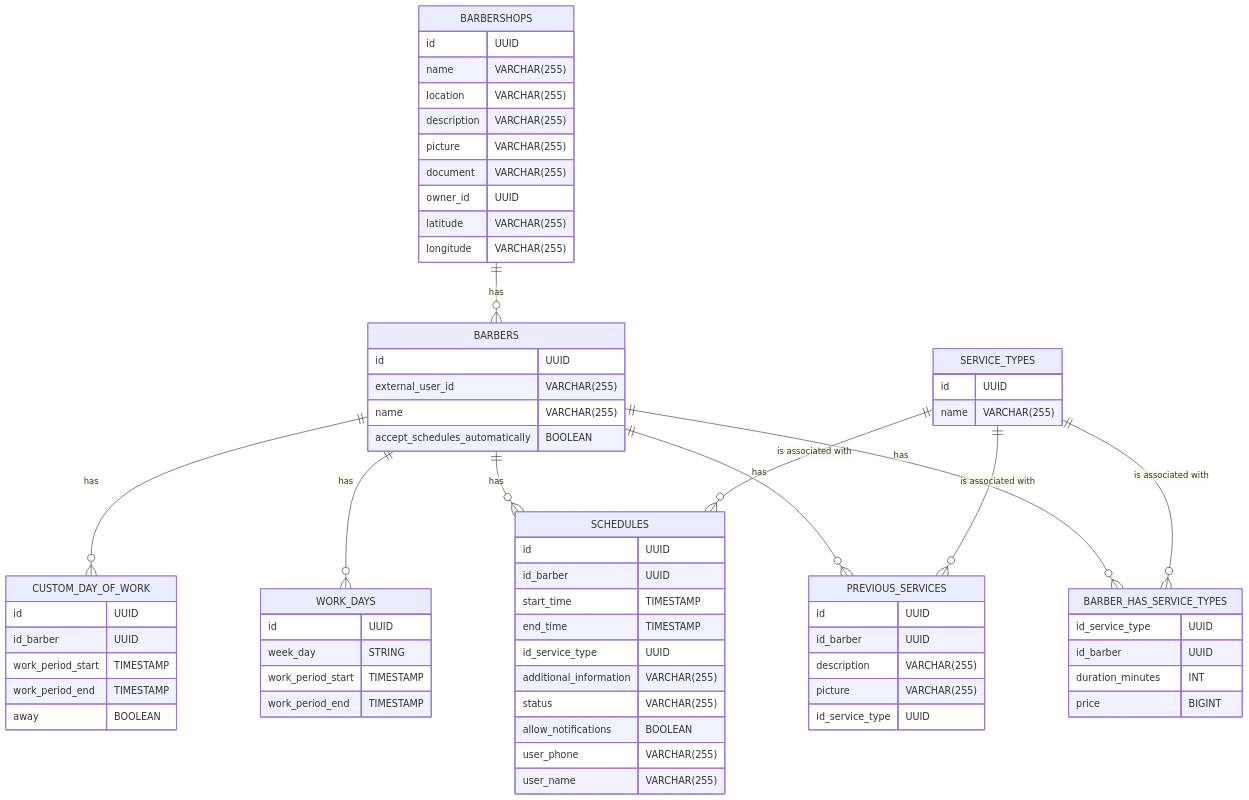
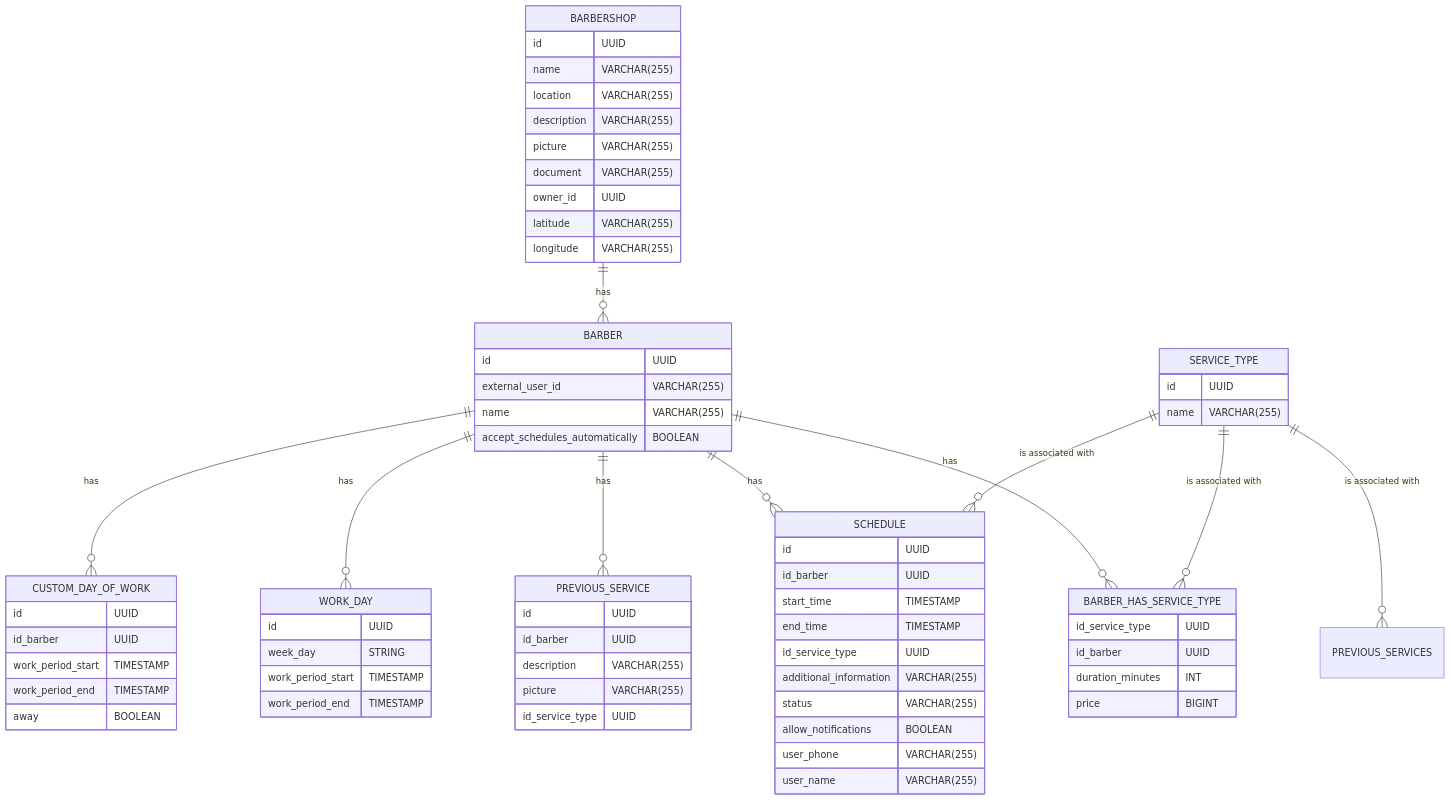
One commit to joaojhgs/saas-template changed the diagram in README.md. Above: the diagram before and after it, drawn with Mermaid. The commit also changed 4 other files, not shown here.

````diff
--- a/README.md
+++ b/README.md
@@ -44,72 +44,72 @@
 ```mermaid
 erDiagram
-    BARBERS {
+    BARBER {
         id UUID
         external_user_id VARCHAR(255)
         name VARCHAR(255)
         accept_schedules_automatically BOOLEAN
     }
-    BARBERSHOPS {
+    BARBERSHOP {
         id UUID
         name VARCHAR(255)
         location VARCHAR(255)
         description VARCHAR(255)
         picture VARCHAR(255)
         document VARCHAR(255)
         owner_id UUID
         latitude VARCHAR(255)
         longitude VARCHAR(255)
     }
-    PREVIOUS_SERVICES {
+    PREVIOUS_SERVICE {
         id UUID
         id_barber UUID
         description VARCHAR(255)
         picture VARCHAR(255)
         id_service_type UUID
     }
-    SERVICE_TYPES {
+    SERVICE_TYPE {
         id UUID
         name VARCHAR(255)
     }
-    BARBER_HAS_SERVICE_TYPES {
+    BARBER_HAS_SERVICE_TYPE {
         id_service_type UUID
         id_barber UUID
         duration_minutes INT
         price BIGINT
     }
-    SCHEDULES {
+    SCHEDULE {
         id UUID
         id_barber UUID
         start_time TIMESTAMP
         end_time TIMESTAMP
         id_service_type UUID
         additional_information VARCHAR(255)
         status VARCHAR(255)
         allow_notifications BOOLEAN
         user_phone VARCHAR(255)
         user_name VARCHAR(255)
     }
-    WORK_DAYS {
+    WORK_DAY {
         id UUID
         week_day STRING
         work_period_start TIMESTAMP
         work_period_end TIMESTAMP
     }
     CUSTOM_DAY_OF_WORK {
         id UUID
         id_barber UUID
         work_period_start TIMESTAMP
         work_period_end TIMESTAMP
         away BOOLEAN
     }
     
-    BARBERS ||--o{ BARBER_HAS_SERVICE_TYPES : "has"
-    BARBERS ||--o{ SCHEDULES : "has"
-    BARBERS ||--o{ PREVIOUS_SERVICES : "has"
-    BARBERSHOPS ||--o{ BARBERS : "has"
-    SERVICE_TYPES ||--o{ BARBER_HAS_SERVICE_TYPES : "is associated with"
-    SERVICE_TYPES ||--o{ PREVIOUS_SERVICES : "is associated with"
-    SERVICE_TYPES ||--o{ SCHEDULES : "is associated with"
-    BARBERS ||--o{ WORK_DAYS : "has"
-    BARBERS ||--o{ CUSTOM_DAY_OF_WORK : "has"
+    BARBER ||--o{ BARBER_HAS_SERVICE_TYPE : "has"
+    BARBER ||--o{ SCHEDULE : "has"
+    BARBER ||--o{ PREVIOUS_SERVICE : "has"
+    BARBERSHOP ||--o{ BARBER : "has"
+    SERVICE_TYPE ||--o{ BARBER_HAS_SERVICE_TYPE : "is associated with"
+    SERVICE_TYPE ||--o{ PREVIOUS_SERVICES : "is associated with"
+    SERVICE_TYPE ||--o{ SCHEDULE : "is associated with"
+    BARBER ||--o{ WORK_DAY : "has"
+    BARBER ||--o{ CUSTOM_DAY_OF_WORK : "has"
 ```
````
